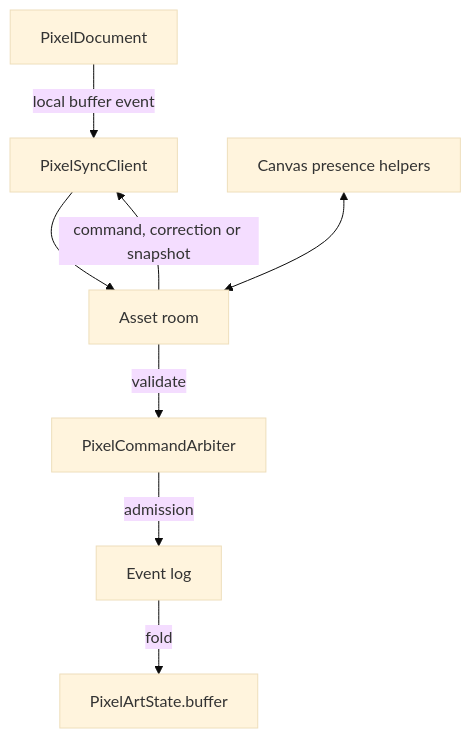
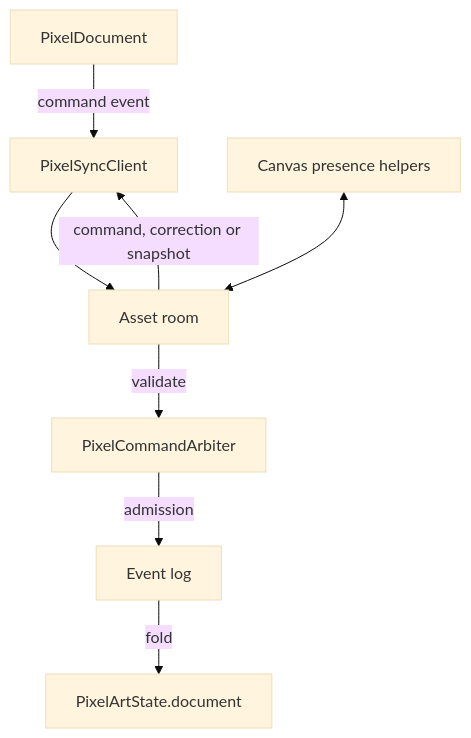
One commit to JollyPixel/editor changed the first of 2 diagrams in packages/assets/pixel-art/ARCHITECTURE.md. Above: the diagram before and after it, drawn with Mermaid (base theme). The commit also changed other lines of this file and 274 other files, not shown here.

````diff
--- a/packages/assets/pixel-art/ARCHITECTURE.md
+++ b/packages/assets/pixel-art/ARCHITECTURE.md
@@ -5,10 +5,10 @@
 ```mermaid
 flowchart TB
-    Document["PixelDocument"] -->|"local buffer event"| Sync["PixelSyncClient"]
+    Document["PixelDocument"] -->|"command event"| Sync["PixelSyncClient"]
     Sync --> Room["Asset room"]
     Room -->|"validate"| Arbiter["PixelCommandArbiter"]
     Arbiter -->|"admission"| Log["Event log"]
-    Log -->|"fold"| State["PixelArtState.buffer"]
+    Log -->|"fold"| State["PixelArtState.document"]
     Room -->|"command, correction or snapshot"| Sync
     Canvas["Canvas presence helpers"] <--> Room
 ```
````
